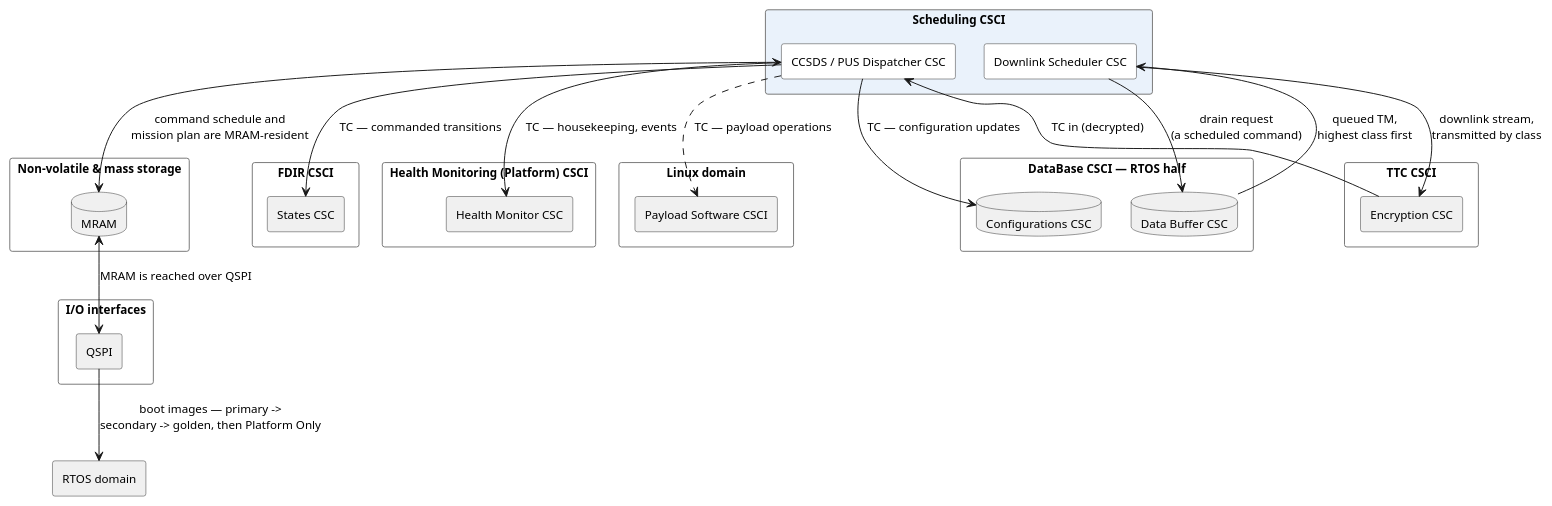
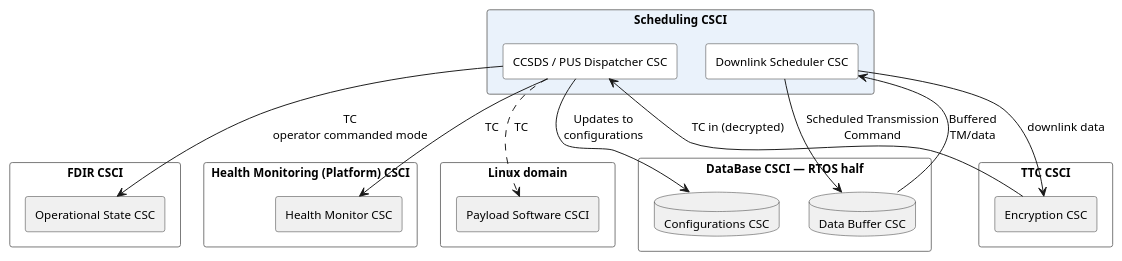
One commit to seapit/urban-memory changed the diagram in docs/puml/obc-csci-scheduling.puml. Above: the diagram before and after it, drawn with PlantUML. The commit also changed 8 other files, not shown here.

Commit message:
Update plantuml sources, add linux-domain database diagram

```diff
--- a/docs/puml/obc-csci-scheduling.puml
+++ b/docs/puml/obc-csci-scheduling.puml
@@ -1,71 +1,52 @@
 @startuml
-' Scheduling CSCI — the CSCI in full, with every relation that crosses its boundary.
-' Everything drawn in grey is context: it is shown only far enough to say what
-' this CSCI talks to. The whole picture is in obc-csci-full.puml.
-' GENERATED from obc-csci-full.puml — edit that file, then re-run split.py.
-
 skinparam componentStyle rectangle
 skinparam packageStyle rectangle
 skinparam shadowing false
 skinparam nodesep 30
 skinparam ranksep 58
 skinparam defaultFontSize 12
 skinparam wrapWidth 240
 skinparam package {
   BackgroundColor #FFFFFF
   BorderColor #777777
 }
 skinparam component {
   BackgroundColor #FFFFFF
   BorderColor #333333
 }
 skinparam database {
   BackgroundColor #FFFFFF
   BorderColor #333333
 }
 
-' ---------------------------------------------- the CSCI under view
 package "Scheduling CSCI" as SCHED #EAF2FB {
   component "CCSDS / PUS Dispatcher CSC" as CCSDS
   component "Downlink Scheduler CSC" as DLSCHED
 }
 
-' ---------------------------------------------- context only
 package "TTC CSCI" as TTC {
   component "Encryption CSC" as ENC #F0F0F0
 }
 package "DataBase CSCI — RTOS half" as DBRT {
   database "Data Buffer CSC" as DBUF #F0F0F0
   database "Configurations CSC" as CFG #F0F0F0
 }
-package "Non-volatile & mass storage" as STORE {
-  database "MRAM" as MRAM #F0F0F0
-}
 package "FDIR CSCI" as FDIR {
-  component "States CSC" as STATES #F0F0F0
+  component "Operational State CSC" as STATES #F0F0F0
 }
 package "Health Monitoring (Platform) CSCI" as HM {
   component "Health Monitor CSC" as HMON #F0F0F0
 }
 package "Linux domain" as LINDOM {
   component "Payload Software CSCI" as PAY #F0F0F0
 }
-package "I/O interfaces" as IFACE {
-  component "QSPI" as QSPI #F0F0F0
-}
-component "RTOS domain" as RTOSDOM #F0F0F0
 
-' ---------------------------------------------- across its boundary
 ENC --> CCSDS : TC in (decrypted)
-DLSCHED --> ENC : downlink stream,\ntransmitted by class
-DLSCHED --> DBUF : drain request\n(a scheduled command)
-DBUF --> DLSCHED : queued TM,\nhighest class first
-CCSDS <--> MRAM : command schedule and\nmission plan are MRAM-resident
-CCSDS --> CFG : TC — configuration updates
-CCSDS --> STATES : TC — commanded transitions
-CCSDS --> HMON : TC — housekeeping, events
-CCSDS ..> PAY : TC — payload operations
-MRAM <--> QSPI : MRAM is reached over QSPI
-QSPI --> RTOSDOM : boot images — primary ->\nsecondary -> golden, then Platform Only
-
+DLSCHED --> ENC : downlink data
+DLSCHED --> DBUF : Scheduled Transmission\nCommand
+DBUF --> DLSCHED : Buffered\nTM/data
+CCSDS --> CFG : Updates to\nconfigurations
+CCSDS --> STATES : TC\noperator commanded mode
+CCSDS --> HMON : TC
+CCSDS ..> PAY : TC
 @enduml
```
